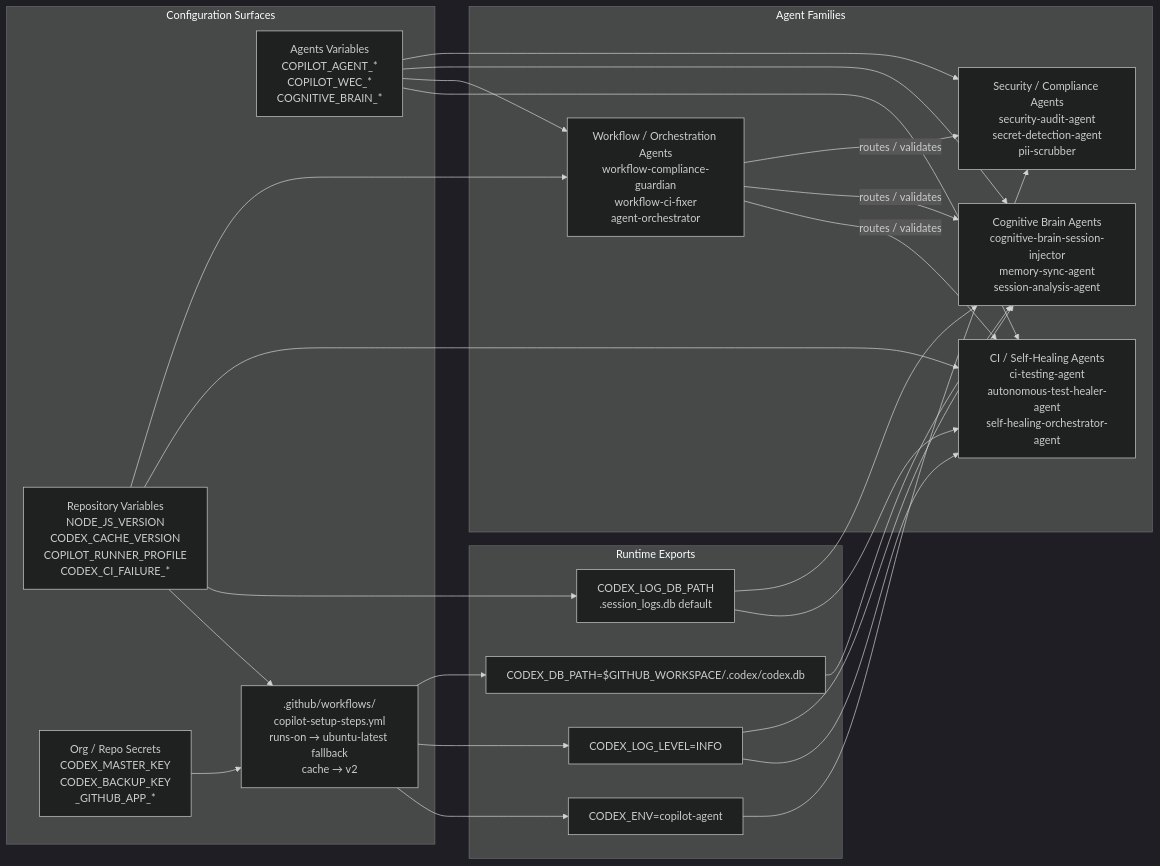
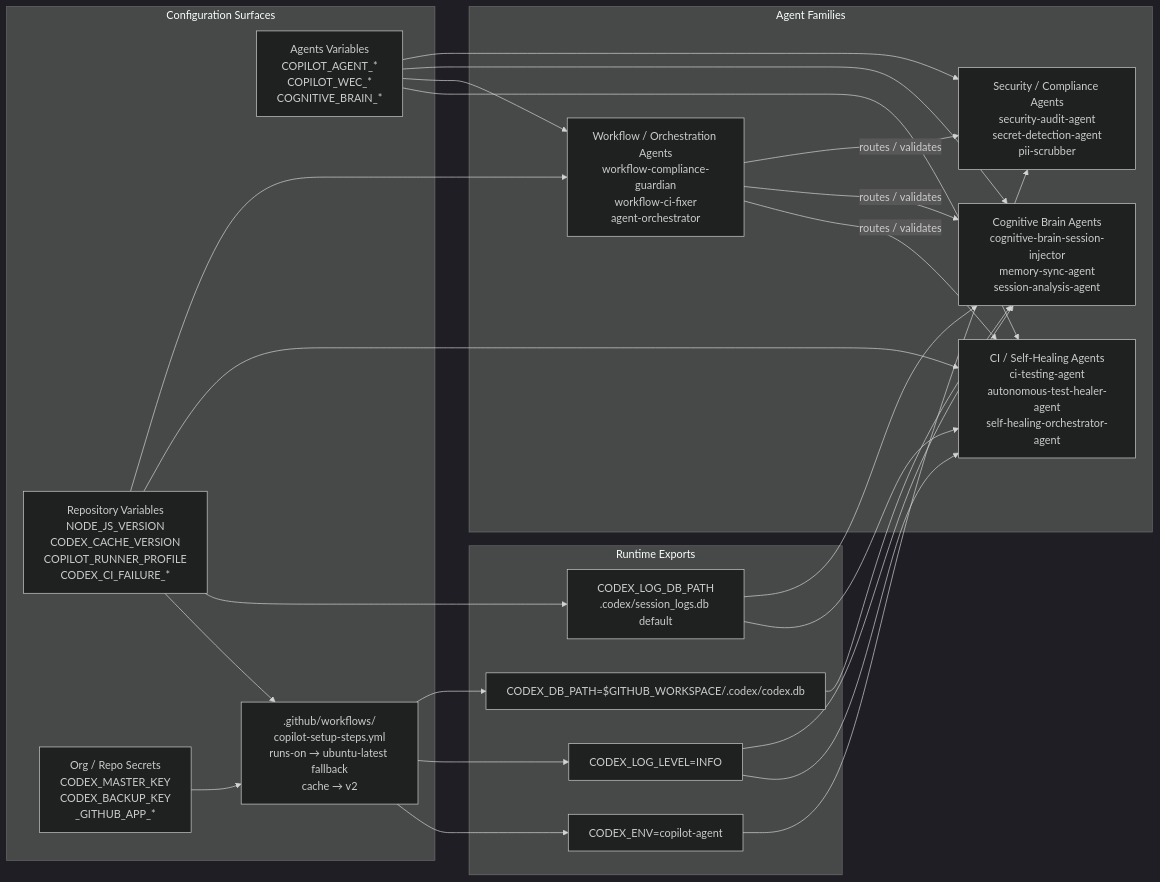
The fifth of 18 diagrams in docs/CODEBASE_MERMAID_MAPS.md (Aries-Serpent/_codex_), drawn with Mermaid (dark theme) before and after one commit. The commit also changed 6 other files, not shown here.

````diff
--- a/docs/CODEBASE_MERMAID_MAPS.md
+++ b/docs/CODEBASE_MERMAID_MAPS.md
@@ -200,35 +200,35 @@
 ```mermaid
 graph LR
     subgraph "Configuration Surfaces"
         REPOV[Repository Variables\nNODE_JS_VERSION\nCODEX_CACHE_VERSION\nCOPILOT_RUNNER_PROFILE\nCODEX_CI_FAILURE_*]
         AGENTV[Agents Variables\nCOPILOT_AGENT_*\nCOPILOT_WEC_*\nCOGNITIVE_BRAIN_*]
         ORGS[Org / Repo Secrets\nCODEX_MASTER_KEY\nCODEX_BACKUP_KEY\n_GITHUB_APP_*]
         SETUP[.github/workflows/\ncopilot-setup-steps.yml\nruns-on → ubuntu-latest fallback\ncache → v2]
     end
 
     subgraph "Runtime Exports"
         ENVX[CODEX_ENV=copilot-agent]
         LOGX[CODEX_LOG_LEVEL=INFO]
         DBX[CODEX_DB_PATH=$GITHUB_WORKSPACE/.codex/codex.db]
-        LOGDB[CODEX_LOG_DB_PATH\n.session_logs.db default]
+        LOGDB[CODEX_LOG_DB_PATH\n.codex/session_logs.db default]
     end
 
     subgraph "Agent Families"
         CIA[CI / Self-Healing Agents\nci-testing-agent\nautonomous-test-healer-agent\nself-healing-orchestrator-agent]
         WFA[Workflow / Orchestration Agents\nworkflow-compliance-guardian\nworkflow-ci-fixer\nagent-orchestrator]
         CBA[Cognitive Brain Agents\ncognitive-brain-session-injector\nmemory-sync-agent\nsession-analysis-agent]
         SCA[Security / Compliance Agents\nsecurity-audit-agent\nsecret-detection-agent\npii-scrubber]
     end
 
     REPOV --> SETUP
     AGENTV --> CIA & WFA & CBA & SCA
     ORGS --> SETUP
     SETUP --> ENVX & LOGX & DBX
     REPOV --> LOGDB
     ENVX --> SCA
     LOGX --> CIA & CBA
     DBX --> CBA
     LOGDB --> CIA & CBA
     REPOV --> CIA & WFA
     WFA -->|routes / validates| CIA & CBA & SCA
 ```
````
